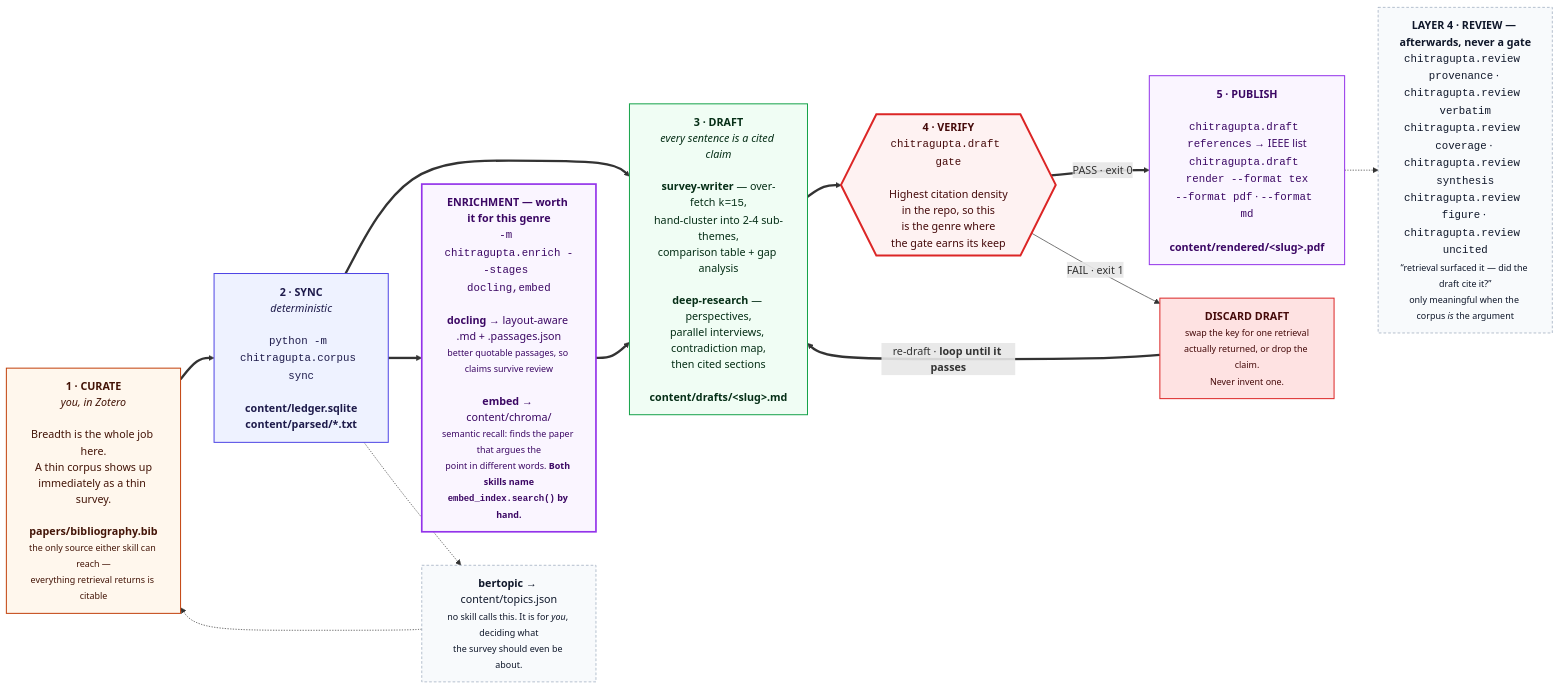
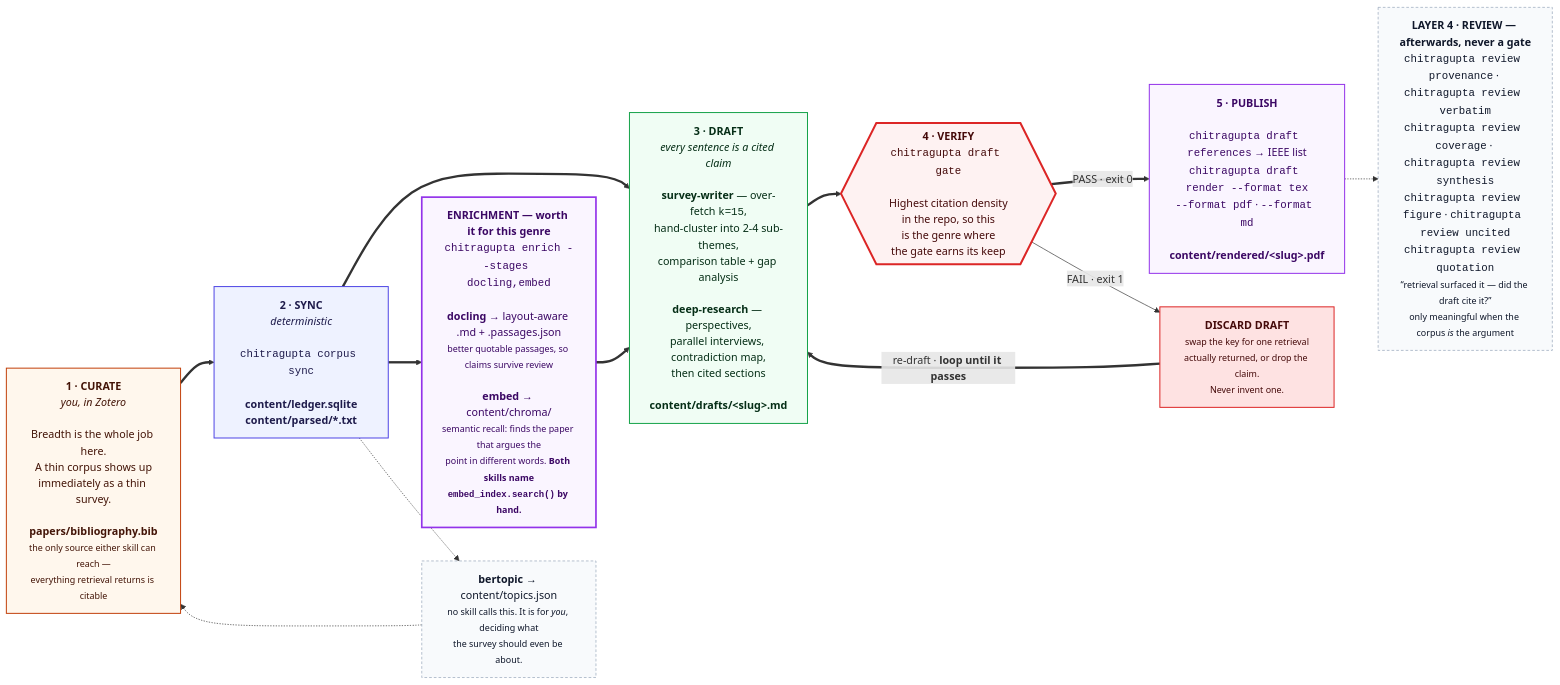
One commit to prasadtalasila/chitragupta changed the seventh of 11 diagrams in docs/DIAGRAMS.md. Above: the diagram before and after it, drawn with Mermaid. The commit also changed other lines of this file and 44 other files, not shown here.

````diff
--- a/docs/DIAGRAMS.md
+++ b/docs/DIAGRAMS.md
@@ -677,47 +678,47 @@
 ```mermaid
 flowchart LR
 
   P0["<b>1 · CURATE</b><br/><i>you, in Zotero</i><br/><br/>Breadth is the whole job here.<br/>A thin corpus shows up<br/>immediately as a thin survey.<br/><br/><b>papers/bibliography.bib</b><br/><small>the only source either skill can reach —<br/>everything retrieval returns is citable</small>"]
 
-  P1["<b>2 · SYNC</b><br/><i>deterministic</i><br/><br/><code>python -m chitragupta.corpus sync</code><br/><br/><b>content/ledger.sqlite</b><br/><b>content/parsed/*.txt</b>"]
+  P1["<b>2 · SYNC</b><br/><i>deterministic</i><br/><br/><code>chitragupta corpus sync</code><br/><br/><b>content/ledger.sqlite</b><br/><b>content/parsed/*.txt</b>"]
 
-  HEAVY["<b>ENRICHMENT — worth it for this genre</b><br/><code>-m chitragupta.enrich --stages docling,embed</code><br/><br/><b>docling</b> → layout-aware .md + .passages.json<br/><small>better quotable passages, so claims survive review</small><br/><br/><b>embed</b> → content/chroma/<br/><small>semantic recall: finds the paper that argues the<br/>point in different words. <b>Both skills name<br/><code>embed_index.search()</code> by hand.</b></small>"]
+  HEAVY["<b>ENRICHMENT — worth it for this genre</b><br/><code>chitragupta enrich --stages docling,embed</code><br/><br/><b>docling</b> → layout-aware .md + .passages.json<br/><small>better quotable passages, so claims survive review</small><br/><br/><b>embed</b> → content/chroma/<br/><small>semantic recall: finds the paper that argues the<br/>point in different words. <b>Both skills name<br/><code>embed_index.search()</code> by hand.</b></small>"]
 
   P2["<b>3 · DRAFT</b><br/><i>every sentence is a cited claim</i><br/><br/><b>survey-writer</b> — over-fetch <code>k=15</code>,<br/>hand-cluster into 2-4 sub-themes,<br/>comparison table + gap analysis<br/><br/><b>deep-research</b> — perspectives,<br/>parallel interviews, contradiction map,<br/>then cited sections<br/><br/><b>content/drafts/&lt;slug&gt;.md</b>"]
 
-  P3{{"<b>4 · VERIFY</b><br/><code>chitragupta.draft gate</code><br/><br/>Highest citation density<br/>in the repo, so this<br/>is the genre where<br/>the gate earns its keep"}}
+  P3{{"<b>4 · VERIFY</b><br/><code>chitragupta draft gate</code><br/><br/>Highest citation density<br/>in the repo, so this<br/>is the genre where<br/>the gate earns its keep"}}
 
   FIX["<b>DISCARD DRAFT</b><br/><small>swap the key for one retrieval<br/>actually returned, or drop the claim.<br/>Never invent one.</small>"]
 
-  P4["<b>5 · PUBLISH</b><br/><br/><code>chitragupta.draft references</code> → IEEE list<br/><code>chitragupta.draft render --format tex</code><br/><code>--format pdf</code> · <code>--format md</code><br/><br/><b>content/rendered/&lt;slug&gt;.pdf</b>"]
+  P4["<b>5 · PUBLISH</b><br/><br/><code>chitragupta draft references</code> → IEEE list<br/><code>chitragupta draft render --format tex</code><br/><code>--format pdf</code> · <code>--format md</code><br/><br/><b>content/rendered/&lt;slug&gt;.pdf</b>"]
 
-  AID["<b>LAYER 4 · REVIEW — afterwards, never a gate</b><br/><code>chitragupta.review provenance</code> · <code>chitragupta.review verbatim</code><br/><code>chitragupta.review coverage</code> · <code>chitragupta.review synthesis</code><br/><code>chitragupta.review figure</code> · <code>chitragupta.review uncited</code><br/><small>“retrieval surfaced it — did the draft cite it?”<br/>only meaningful when the corpus <i>is</i> the argument</small>"]
+  AID["<b>LAYER 4 · REVIEW — afterwards, never a gate</b><br/><code>chitragupta review provenance</code> · <code>chitragupta review verbatim</code><br/><code>chitragupta review coverage</code> · <code>chitragupta review synthesis</code><br/><code>chitragupta review figure</code> · <code>chitragupta review uncited</code><br/><code>chitragupta review quotation</code><br/><small>“retrieval surfaced it — did the draft cite it?”<br/>only meaningful when the corpus <i>is</i> the argument</small>"]
 
   BERT["<b>bertopic</b> → content/topics.json<br/><small>no skill calls this. It is for <i>you</i>, deciding what<br/>the survey should even be about.</small>"]
 
   P0 ==> P1 ==> P2 ==> P3
   P1 ==> HEAVY ==> P2
   P3 == "PASS · exit 0" ==> P4
   P3 -- "FAIL · exit 1" --> FIX
   FIX == "re-draft · <b>loop until it passes</b>" ==> P2
   P4 -.-> AID
   P1 -.-> BERT -.-> P0
 
   classDef you fill:#fff7ed,stroke:#c2410c,stroke-width:1.5px,color:#431407
   classDef det fill:#eef2ff,stroke:#4f46e5,stroke-width:1.5px,color:#1e1b4b
   classDef gen fill:#f0fdf4,stroke:#16a34a,stroke-width:1.5px,color:#052e16
   classDef gate fill:#fef2f2,stroke:#dc2626,stroke-width:3px,color:#450a0a
   classDef out fill:#faf5ff,stroke:#9333ea,stroke-width:1.5px,color:#3b0764
   classDef bad fill:#fee2e2,stroke:#dc2626,stroke-width:1.5px,color:#450a0a
   classDef heavy fill:#faf5ff,stroke:#9333ea,stroke-width:2.5px,color:#3b0764
   classDef aid fill:#f8fafc,stroke:#94a3b8,stroke-dasharray:4 3,color:#0f172a
 
   class P0 you
   class P1 det
   class P2 gen
   class P3 gate
   class P4 out
   class FIX bad
   class HEAVY heavy
   class AID,BERT aid
 ```
````
